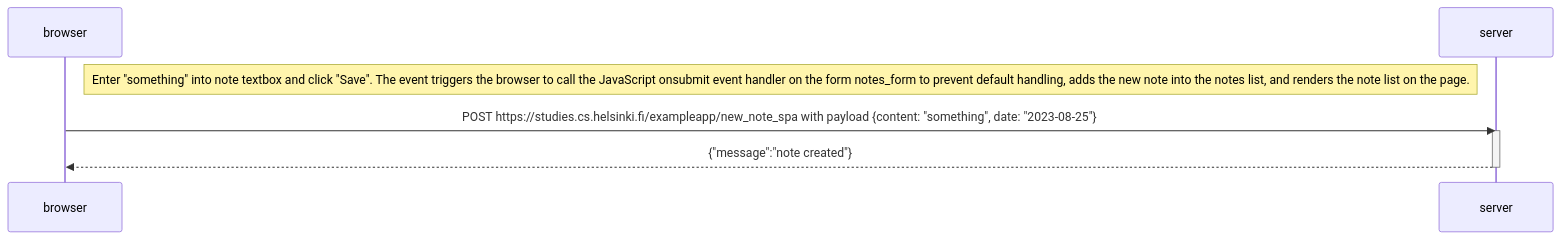
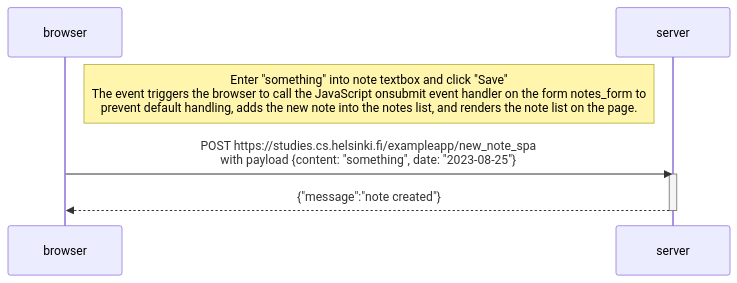
Before and after one commit to dtchoi/fullstack: the diagram in part0/part0exercise6.md, drawn with Mermaid.

````diff
--- a/part0/part0exercise6.md
+++ b/part0/part0exercise6.md
@@ -1,12 +1,12 @@
 ```mermaid
 sequenceDiagram
     participant browser
     participant server
 
-    Note right of browser: Enter "something" into note textbox and click "Save". The event triggers the browser to call the JavaScript onsubmit event handler on the form notes_form to prevent default handling, adds the new note into the notes list, and renders the note list on the page.
+    Note right of browser: Enter "something" into note textbox and click "Save"<br/>The event triggers the browser to call the JavaScript onsubmit event handler on the form notes_form to <br/>prevent default handling, adds the new note into the notes list, and renders the note list on the page.
 
-    browser->>server: POST https://studies.cs.helsinki.fi/exampleapp/new_note_spa with payload {content: "something", date: "2023-08-25"}
+    browser->>server: POST https://studies.cs.helsinki.fi/exampleapp/new_note_spa<br/>with payload {content: "something", date: "2023-08-25"}
     activate server
     server-->>browser: {"message":"note created"}
     deactivate server
 ```
````
